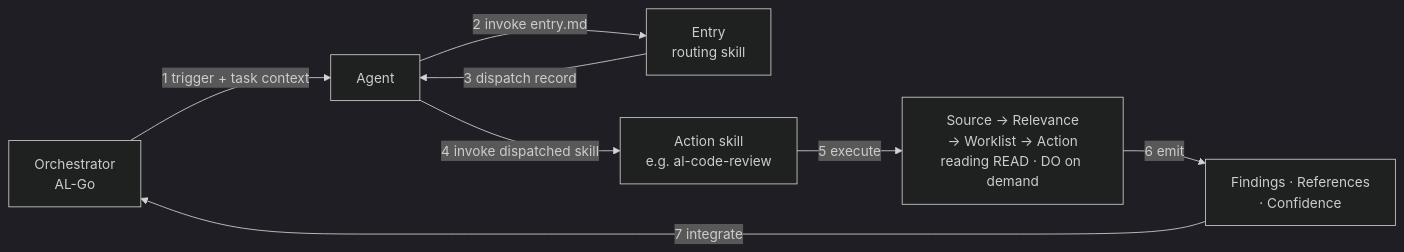
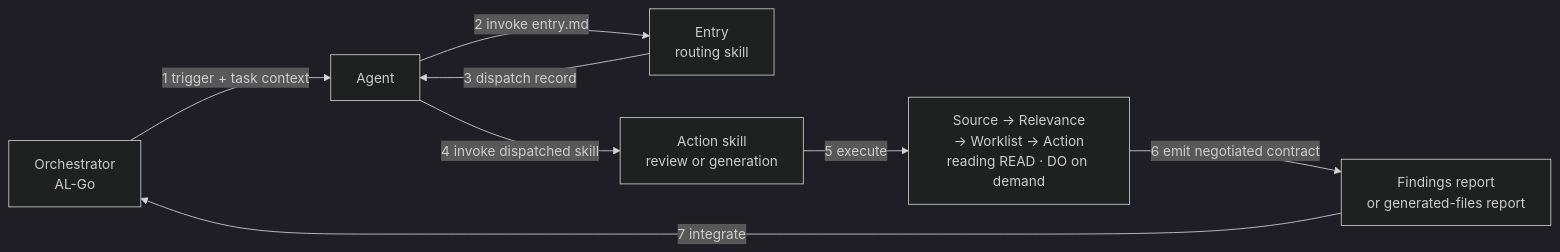
One commit to microsoft/BCQuality changed the diagram in agent-consumption.md. Above: the diagram before and after it, drawn with Mermaid (dark theme). The commit also changed other lines of this file and 16 other files, not shown here.

First line of the commit message:
Add AL code generation skill contracts

````diff
--- a/agent-consumption.md
+++ b/agent-consumption.md
@@ -17,10 +17,10 @@
 ```mermaid
 flowchart LR
     O[Orchestrator<br/>AL-Go] -->|1 trigger + task context| A[Agent]
     A -->|2 invoke entry.md| E[Entry<br/>routing skill]
     E -->|3 dispatch record| A
-    A -->|4 invoke dispatched skill| S[Action skill<br/>e.g. al-code-review]
+    A -->|4 invoke dispatched skill| S[Action skill<br/>review or generation]
     S -->|5 execute| P[Source → Relevance<br/>→ Worklist → Action<br/>reading READ · DO on demand]
-    P -->|6 emit| R[Findings · References<br/>· Confidence]
+    P -->|6 emit negotiated contract| R[Findings report<br/>or generated-files report]
     R -->|7 integrate| O
 ```
````
